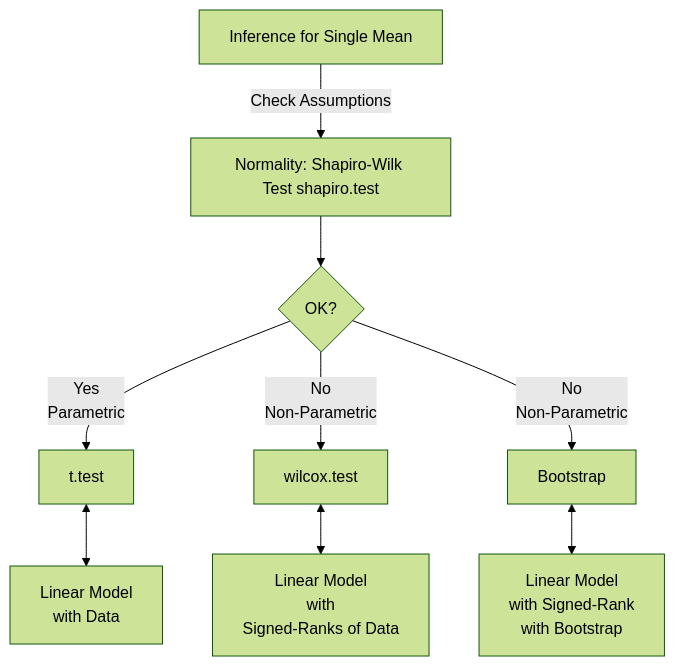
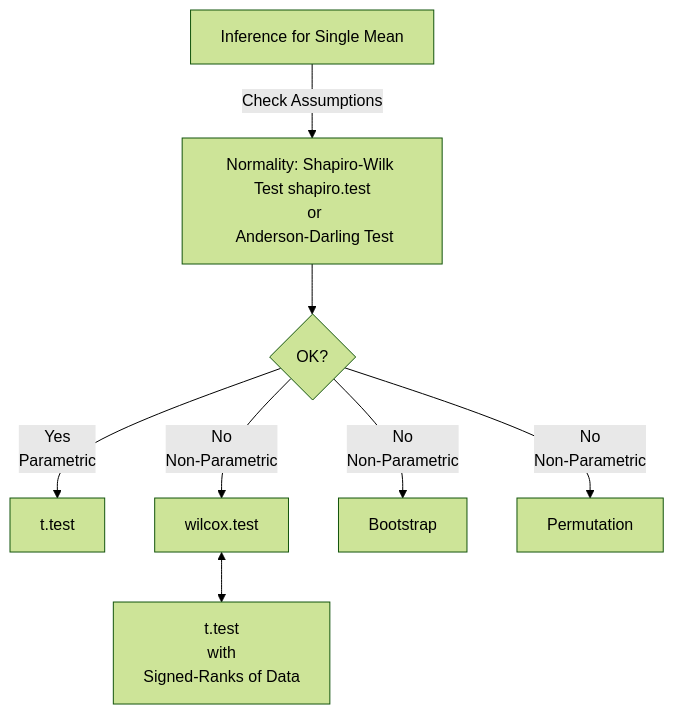
One commit to arvindvenkatadri/teachingtriz changed the diagram in content/courses/Analytics/Inference/Modules/100-OneMean/index.qmd. Above: the diagram before and after it, drawn with Mermaid (forest theme). The commit also changed other lines of this file and 720 other files, not shown here.

````diff
--- a/content/courses/Analytics/Inference/Modules/100-OneMean/index.qmd
+++ b/content/courses/Analytics/Inference/Modules/100-OneMean/index.qmd
@@ -206,13 +705,14 @@
 ```{mermaid}
 %%| echo: false
+%%| fig-align: center
+
 flowchart TD
-    A[Inference for Single Mean] -->|Check Assumptions| B[Normality: Shapiro-Wilk Test shapiro.test\n]
+    A[Inference for Single Mean] -->|Check Assumptions| B[Normality: Shapiro-Wilk Test shapiro.test\n or\n Anderson-Darling Test]
     B --> C{OK?}
     C -->|Yes\n Parametric| D[t.test]
-    D <-->F[Linear Model\n with Data] 
     C -->|No\n Non-Parametric| E[wilcox.test]
-    E <--> G[Linear Model\n with\n Signed-Ranks of Data]
+    E <--> G[t.test\n with\n Signed-Ranks of Data]
     C -->|No\n Non-Parametric| P[Bootstrap]
-    P <--> Q[Linear Model\n with Signed-Rank\n with Bootstrap]
+    C -->|No\n Non-Parametric| Q[Permutation]
  
 ```
````
